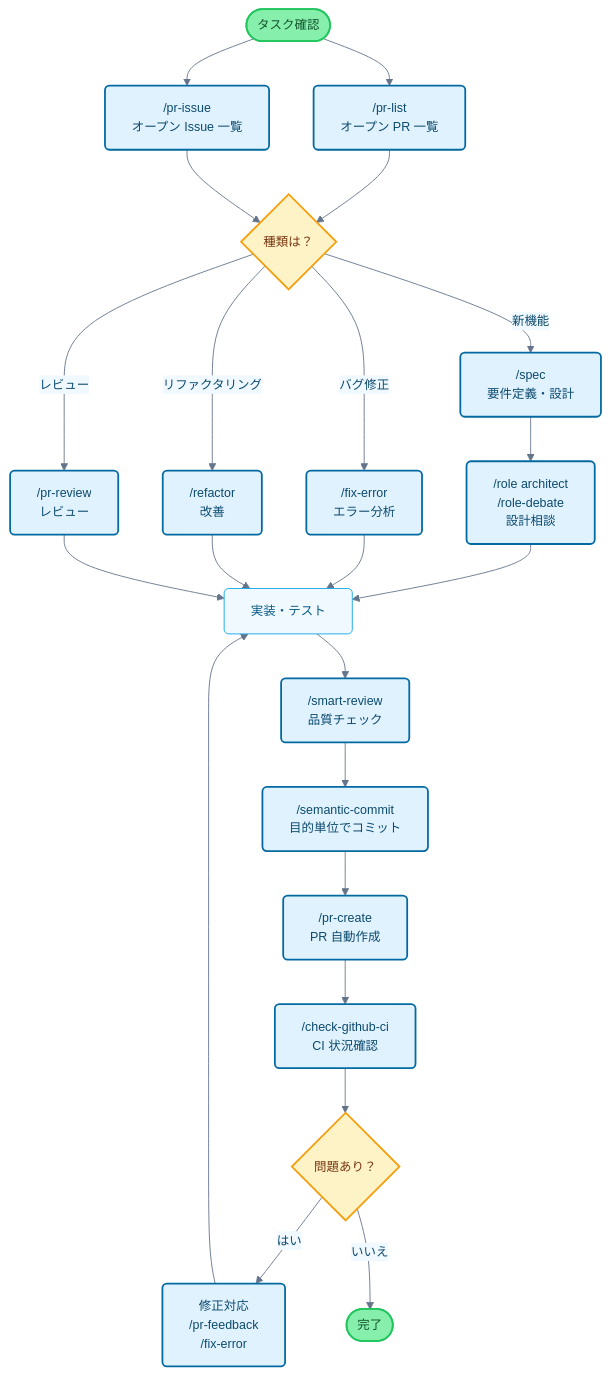
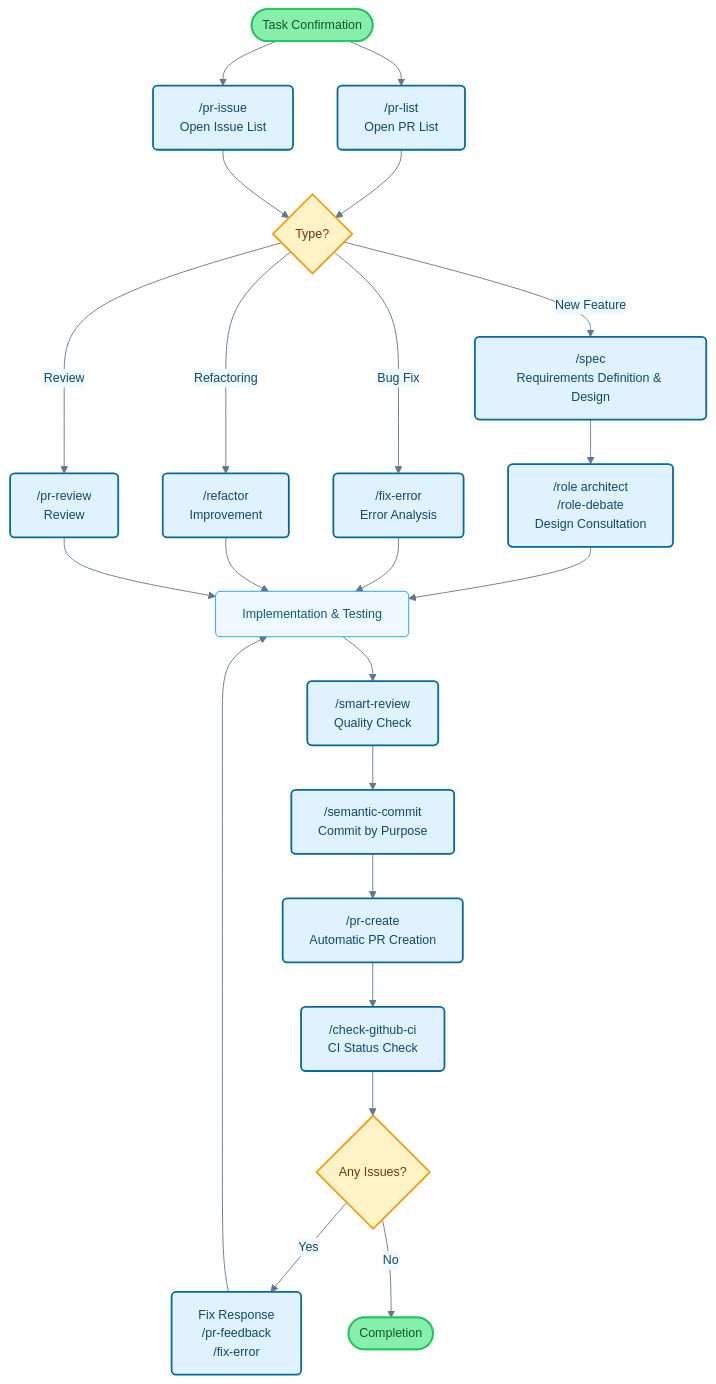
One commit to wasabeef/claude-code-cookbook changed the diagram in README.md. Above: the diagram before and after it, drawn with Mermaid. The commit also changed other lines of this file and 8 other files, not shown here.

````diff
--- a/README.md
+++ b/README.md
@@ -119,42 +118,42 @@
 ```mermaid
 flowchart TB
-    Start([タスク確認]) --> PRList["/pr-list<br/>オープン PR 一覧"]
-    Start --> PRIssue["/pr-issue<br/>オープン Issue 一覧"]
+    Start([Task Confirmation]) --> PRList["/pr-list<br/>Open PR List"]
+    Start --> PRIssue["/pr-issue<br/>Open Issue List"]
 
-    PRList --> TaskType{種類は？}
+    PRList --> TaskType{Type?}
     PRIssue --> TaskType
 
-    TaskType -->|新機能| Plan["/spec<br/>要件定義・設計"]
-    TaskType -->|バグ修正| Fix["/fix-error<br/>エラー分析"]
-    TaskType -->|リファクタリング| Refactor["/refactor<br/>改善"]
-    TaskType -->|レビュー| Review["/pr-review<br/>レビュー"]
+    TaskType -->|New Feature| Plan["/spec<br/>Requirements Definition & Design"]
+    TaskType -->|Bug Fix| Fix["/fix-error<br/>Error Analysis"]
+    TaskType -->|Refactoring| Refactor["/refactor<br/>Improvement"]
+    TaskType -->|Review| Review["/pr-review<br/>Review"]
 
-    Plan --> Design["/role architect<br/>/role-debate<br/>設計相談"]
-    Design --> Implementation[実装・テスト]
+    Plan --> Design["/role architect<br/>/role-debate<br/>Design Consultation"]
+    Design --> Implementation[Implementation & Testing]
     Fix --> Implementation
     Refactor --> Implementation
     Review --> Implementation
 
-    Implementation --> Check["/smart-review<br/>品質チェック"]
-    Check --> Commit["/semantic-commit<br/>目的単位でコミット"]
-    Commit --> PR["/pr-create<br/>PR 自動作成"]
-    PR --> CI["/check-github-ci<br/>CI 状況確認"]
+    Implementation --> Check["/smart-review<br/>Quality Check"]
+    Check --> Commit["/semantic-commit<br/>Commit by Purpose"]
+    Commit --> PR["/pr-create<br/>Automatic PR Creation"]
+    PR --> CI["/check-github-ci<br/>CI Status Check"]
 
-    CI --> Status{問題あり？}
-    Status -->|はい| Feedback["修正対応<br/>/pr-feedback<br/>/fix-error"]
-    Status -->|いいえ| End([完了])
+    CI --> Status{Any Issues?}
+    Status -->|Yes| Feedback["Fix Response<br/>/pr-feedback<br/>/fix-error"]
+    Status -->|No| End([Completion])
 
     Feedback --> Implementation
 
     classDef commandBox fill:#e0f2fe,stroke:#0369a1,stroke-width:2px,rx:5,ry:5,color:#0c4a6e
     classDef processBox fill:#f0f9ff,stroke:#0ea5e9,stroke-width:1px,rx:5,ry:5,color:#075985
     classDef decisionBox fill:#fef3c7,stroke:#f59e0b,stroke-width:2px,rx:5,ry:5,color:#78350f
     classDef startEnd fill:#86efac,stroke:#22c55e,stroke-width:2px,rx:20,ry:20,color:#14532d
 
     class PRList,PRIssue,Plan,Fix,Refactor,Review,Design,Check,CI,Commit,PR,Feedback commandBox
     class Implementation processBox
     class TaskType,Status decisionBox
     class Start,End startEnd
 
     %%{init: {'theme':'base', 'themeVariables': { 'primaryColor':'#e0f2fe', 'primaryTextColor':'#0c4a6e', 'primaryBorderColor':'#0369a1', 'lineColor':'#64748b', 'secondaryColor':'#f0f9ff', 'background':'#ffffff', 'mainBkg':'#ffffff', 'fontSize': '14px'}}}%%
 ```
````
